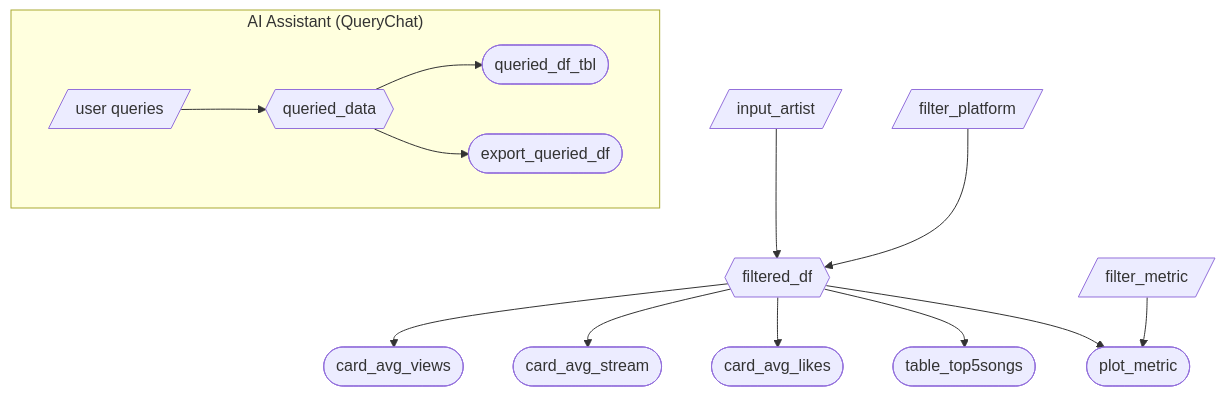
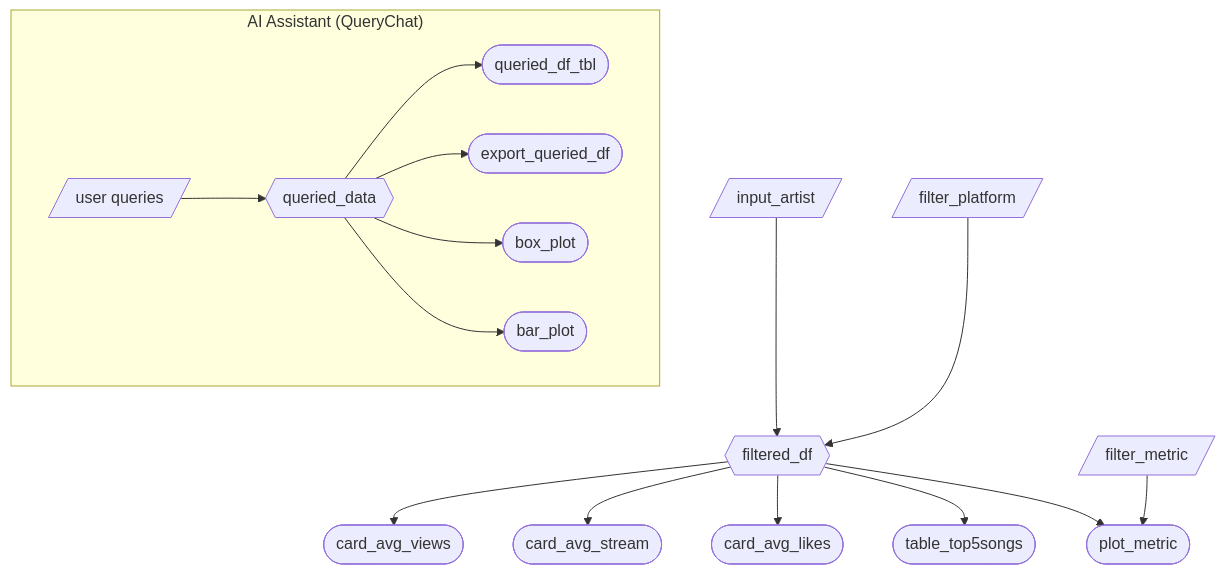
Before and after one commit to UBC-MDS/DSCI-532_2026_31_Chartify: the diagram in reports/m2_spec.md, drawn with Mermaid. The commit also changed other lines of this file, not shown here.

Commit message:
add 2 chart plots from AI tab to specs

````diff
--- a/reports/m2_spec.md
+++ b/reports/m2_spec.md
@@ -30,17 +33,19 @@
 ```mermaid
 flowchart TD
   In1[/input_artist/] --> F{{filtered_df}}
   In2[/filter_platform/] --> F
   In3[/filter_metric/] --> P1([plot_metric])
   F --> C1([card_avg_views])
   F --> C2([card_avg_stream])
   F --> C3([card_avg_likes])
   F --> T1([table_top5songs])
   F --> P1
 
   subgraph AI_Assistant["AI Assistant (QueryChat)"]
     QC[/user queries/] --> QD{{queried_data}}
     QD --> T2([queried_df_tbl])
     QD --> EXP([export_queried_df])
+    QD --> BOX([box_plot])
+    QD --> BAR([bar_plot])
   end
 ```
````
